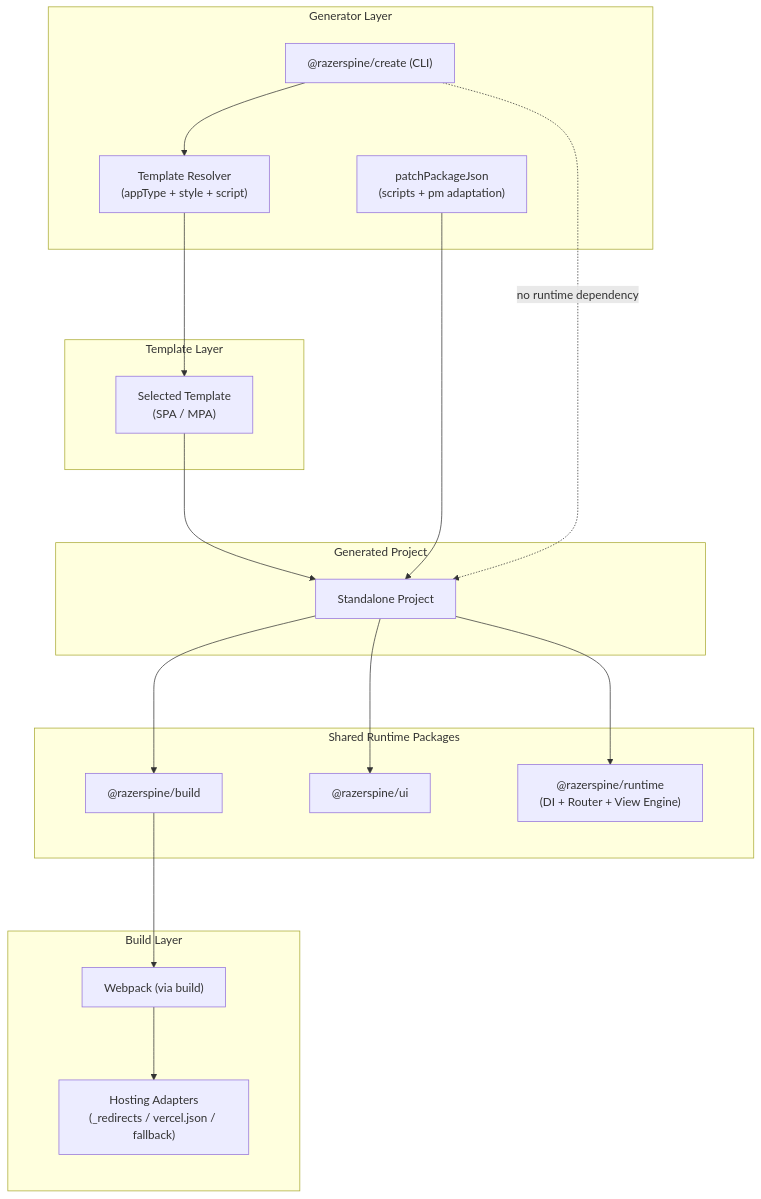
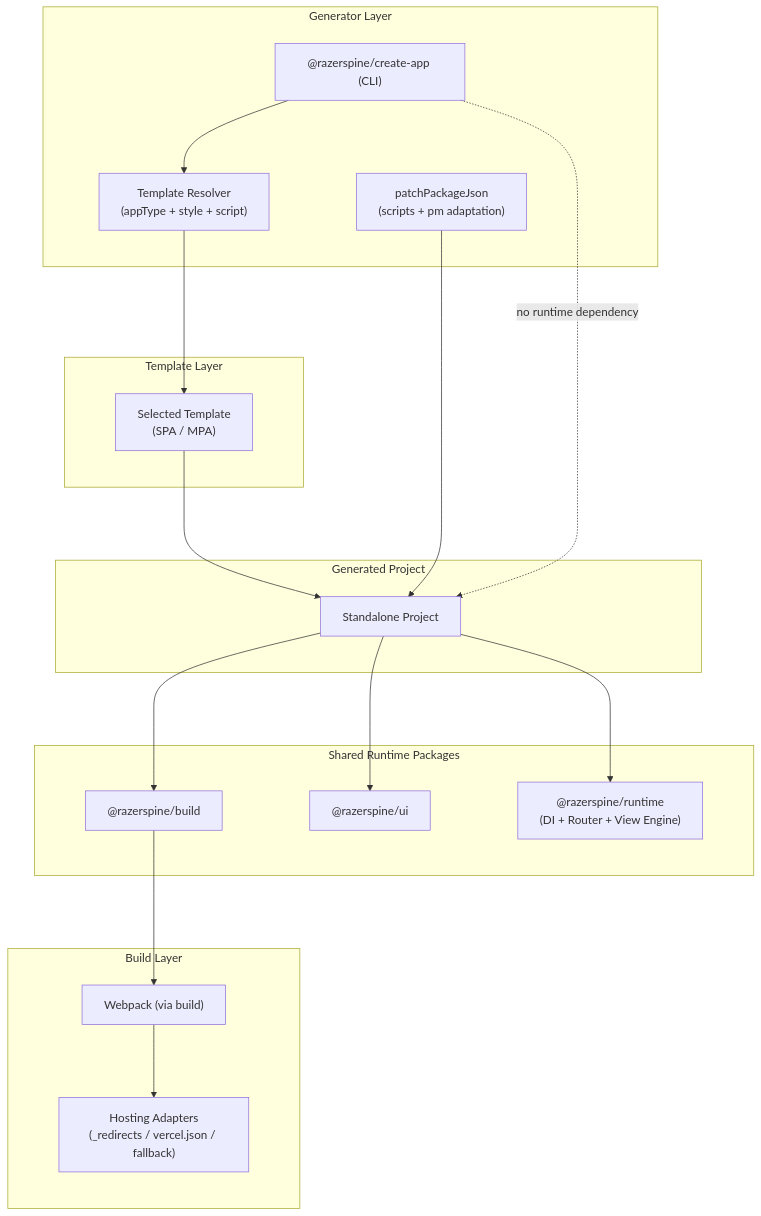
One commit to Razerspine/razerspine-stack changed the diagram in docs/architecture.md. Above: the diagram before and after it, drawn with Mermaid. The commit also changed other lines of this file and 392 other files, not shown here.

Commit message:
create-app: rename create -> create-app (@razerspine/create -> @razerspine/create-app), update package-lock.json

````diff
--- a/docs/architecture.md
+++ b/docs/architecture.md
@@ -7,43 +7,43 @@
 ```mermaid
 %%{init: { 'flowchart': { 'rankSpacing': 100, 'nodeSpacing': 120 } } }%%
 flowchart TD
 
 subgraph L1 ["Generator Layer"]
-    CLI["@razerspine/create (CLI)"]
+    CLI["@razerspine/create-app (CLI)"]
     RESOLVER["Template Resolver<br/>(appType + style + script)"]
     PATCH["patchPackageJson<br/>(scripts + pm adaptation)"]
 end
 
 subgraph L2 ["Template Layer"]
     TEMPLATE["Selected Template<br/>(SPA / MPA)"]
 end
 
 subgraph L3 ["Generated Project"]
     PROJECT["Standalone Project"]
 end
 
 subgraph L4 ["Shared Runtime Packages"]
     BUILD["@razerspine/build"]
     UI["@razerspine/ui"]
     RUNTIME["@razerspine/runtime<br/>(DI + Router + View Engine)"]
 end
 
 subgraph L5 ["Build Layer"]
     WEBPACK["Webpack (via build)"]
     HOSTING["Hosting Adapters<br/>(_redirects / vercel.json / fallback)"]
 end
 
 CLI --> RESOLVER
 RESOLVER --> TEMPLATE
 TEMPLATE --> PROJECT
 PATCH --> PROJECT
 
 PROJECT --> BUILD
 PROJECT --> UI
 PROJECT --> RUNTIME
 
 BUILD --> WEBPACK
 WEBPACK --> HOSTING
 
 CLI -.->|"no runtime dependency"| PROJECT
 ```
````
